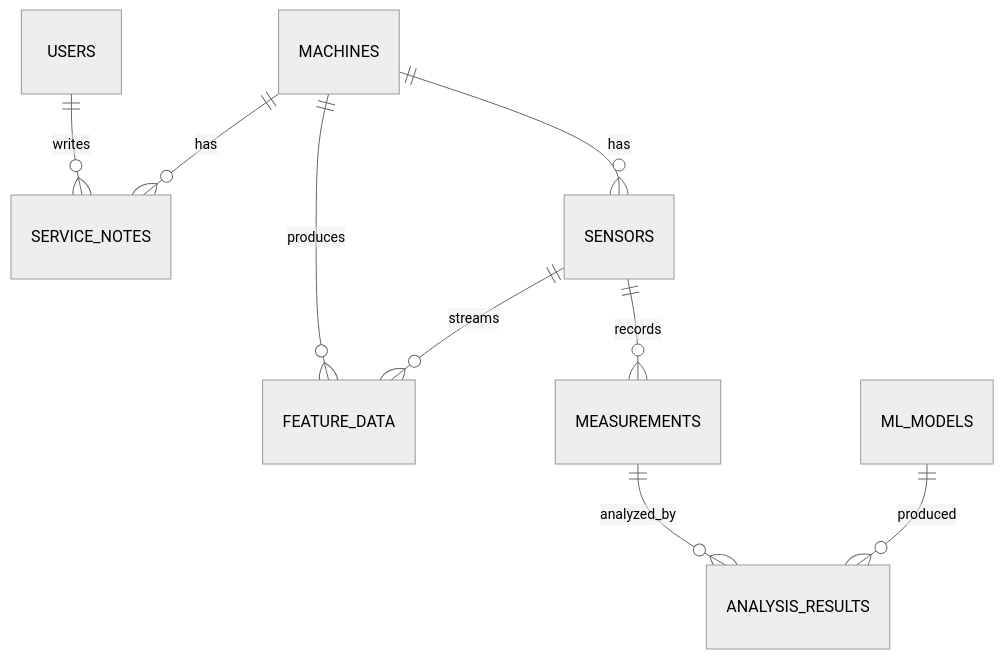
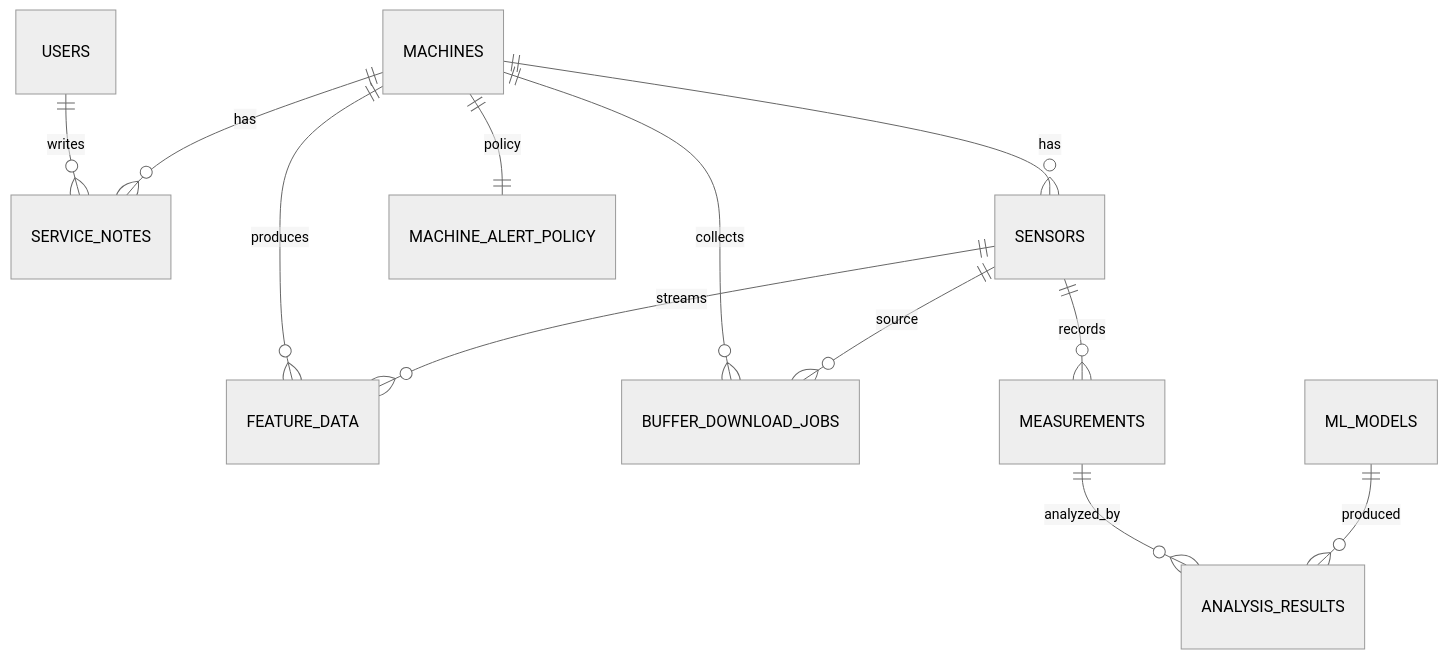
The diagram in docs/database/schema.md (Th0masis/Vibro-diag-system), drawn with Mermaid (neutral theme) before and after one commit. The commit also changed other lines of this file and 9 other files, not shown here.

````diff
--- a/docs/database/schema.md
+++ b/docs/database/schema.md
@@ -105,11 +129,14 @@
 ```mermaid
 erDiagram
   USERS ||--o{ SERVICE_NOTES : writes
   MACHINES ||--o{ SENSORS : has
+  MACHINES ||--|| MACHINE_ALERT_POLICY : policy
   MACHINES ||--o{ FEATURE_DATA : produces
+  MACHINES ||--o{ BUFFER_DOWNLOAD_JOBS : collects
   MACHINES ||--o{ SERVICE_NOTES : has
   SENSORS ||--o{ MEASUREMENTS : records
   SENSORS ||--o{ FEATURE_DATA : streams
+  SENSORS ||--o{ BUFFER_DOWNLOAD_JOBS : source
   MEASUREMENTS ||--o{ ANALYSIS_RESULTS : analyzed_by
   ML_MODELS ||--o{ ANALYSIS_RESULTS : produced
 ```
````
